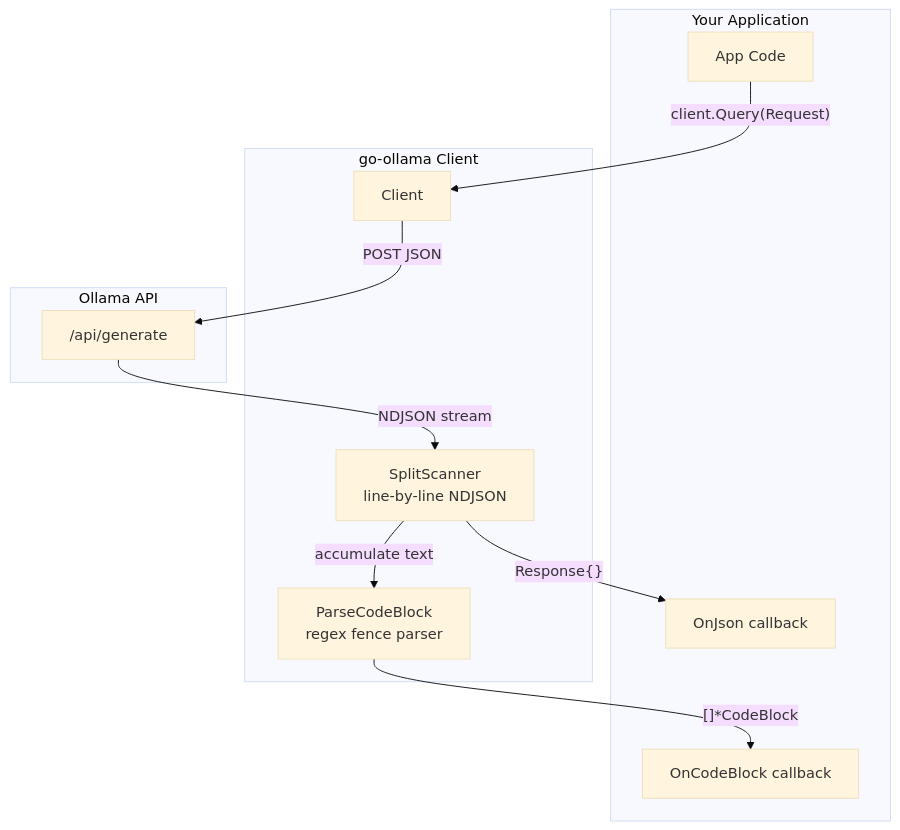
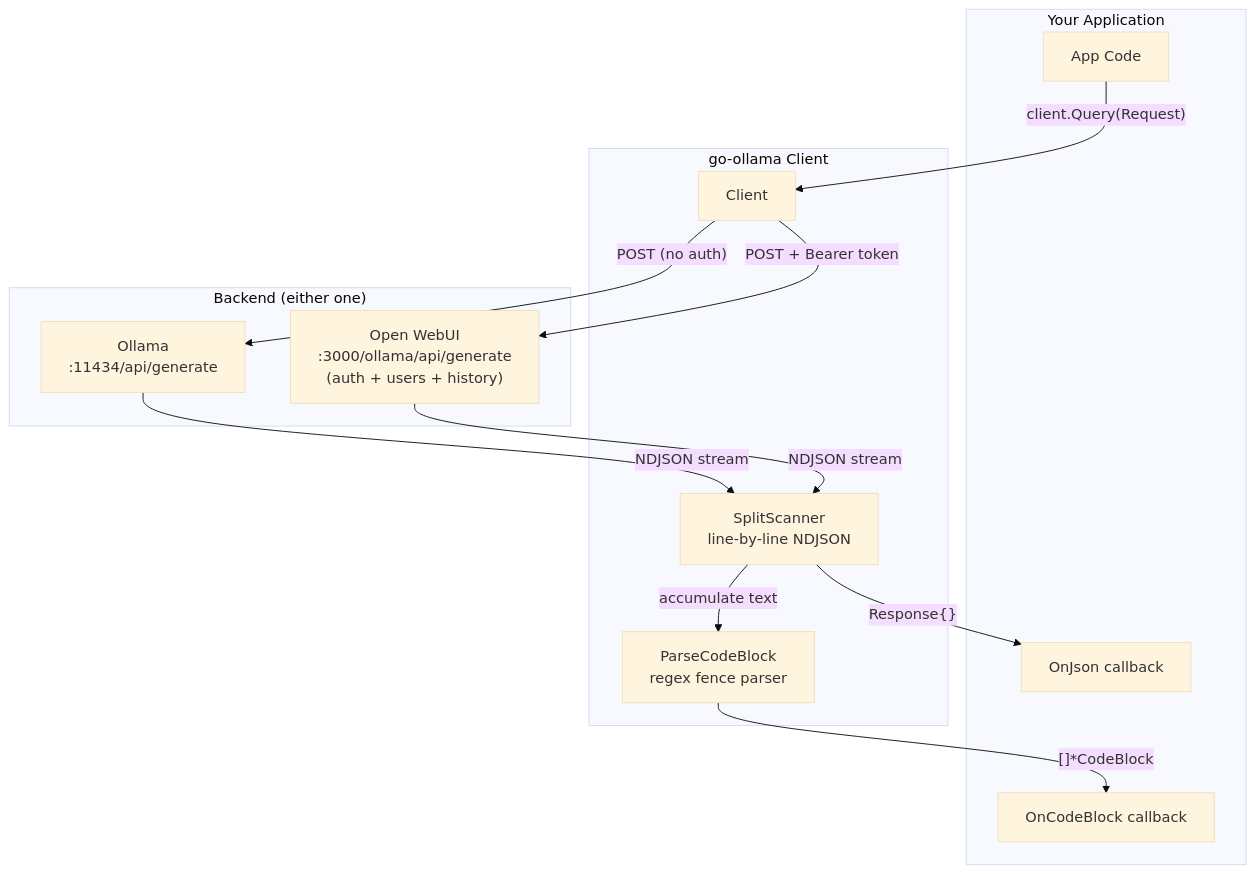
One commit to eSlider/go-ollama changed the third of 3 diagrams in README.md. Above: the diagram before and after it, drawn with Mermaid (base theme). The commit also changed other lines of this file, not shown here.

First line of the commit message:
Document Open WebUI as authenticated backend alongside raw Ollama

````diff
--- a/README.md
+++ b/README.md
@@ -247,25 +308,28 @@
 ```mermaid
 graph TB
     subgraph "Your Application"
         APP["App Code"]
         ONJ["OnJson callback"]
         OCB["OnCodeBlock callback"]
     end
 
     subgraph "go-ollama Client"
         CL["Client"]
         SC["SplitScanner<br/>line-by-line NDJSON"]
         PB["ParseCodeBlock<br/>regex fence parser"]
     end
 
-    subgraph "Ollama API"
-        API["/api/generate"]
+    subgraph "Backend (either one)"
+        API1["Ollama<br/>:11434/api/generate"]
+        API2["Open WebUI<br/>:3000/ollama/api/generate<br/>(auth + users + history)"]
     end
 
     APP -->|"client.Query(Request)"| CL
-    CL -->|"POST JSON"| API
-    API -->|"NDJSON stream"| SC
+    CL -->|"POST + Bearer token"| API2
+    CL -->|"POST (no auth)"| API1
+    API1 -->|"NDJSON stream"| SC
+    API2 -->|"NDJSON stream"| SC
     SC -->|"Response{}"| ONJ
     SC -->|"accumulate text"| PB
     PB -->|"[]*CodeBlock"| OCB
 ```
````
